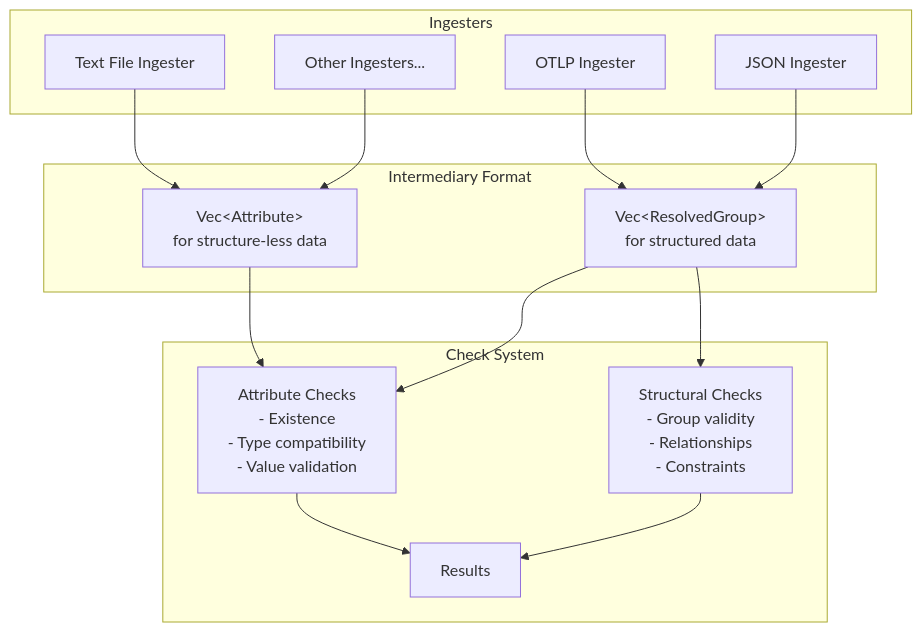
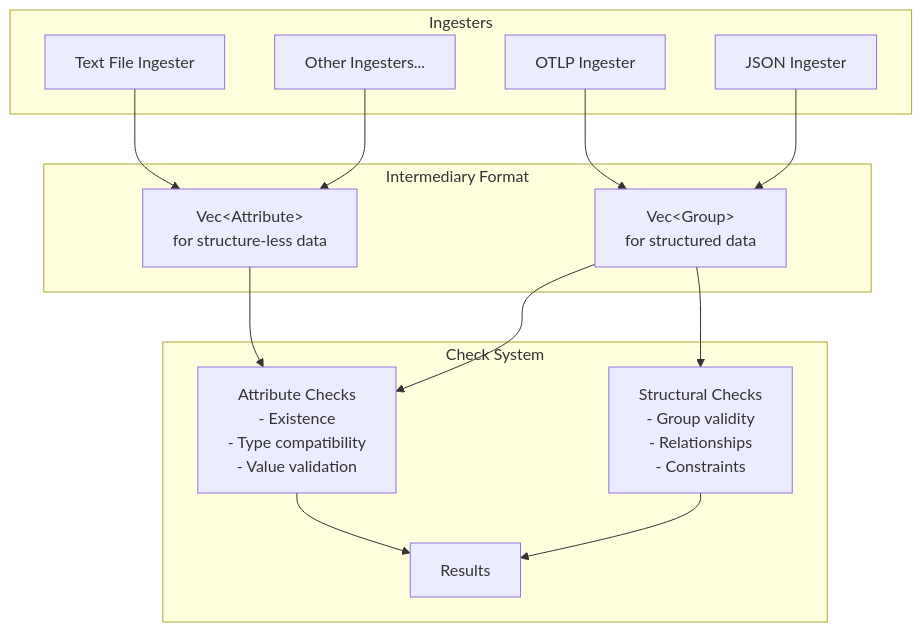
The diagram in crates/weaver_health/README.md (open-telemetry/weaver), drawn with Mermaid before and after one commit. The commit also changed other lines of this file, not shown here.

Commit message:
docs: update README to replace 'ResolvedGroup' with 'Group' for consistency

````diff
--- a/crates/weaver_health/README.md
+++ b/crates/weaver_health/README.md
@@ -7,40 +7,40 @@
 ```mermaid
 flowchart TD
     subgraph Ingesters
         OTLP[OTLP Ingester]
         TextFile[Text File Ingester]
         JSON[JSON Ingester]
         Other[Other Ingesters...]
     end
     
     subgraph "Intermediary Format"
         VecAttr["Vec&lt;Attribute&gt;
         for structure-less data"]
-        ResGroup["Vec&lt;ResolvedGroup&gt;
+        ResGroup["Vec&lt;Group&gt;
         for structured data"]
     end
     
     subgraph "Check System"
         AttrChecks[Attribute Checks
         - Existence
         - Type compatibility
         - Value validation]
         StructChecks[Structural Checks
         - Group validity
         - Relationships
         - Constraints]
         Results[Results]
     end
     
     OTLP --> ResGroup
     TextFile --> VecAttr
     JSON --> ResGroup
     Other --> VecAttr
     
     VecAttr --> AttrChecks
     ResGroup --> AttrChecks
     ResGroup --> StructChecks
     
     AttrChecks --> Results
     StructChecks --> Results
 ```
````
